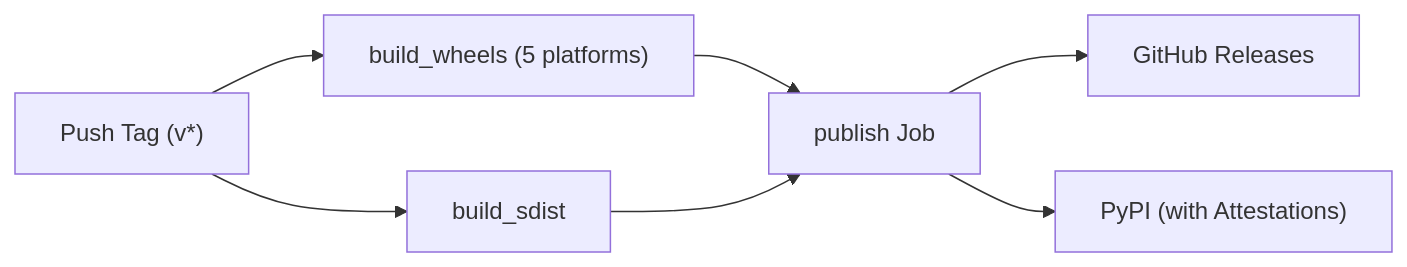
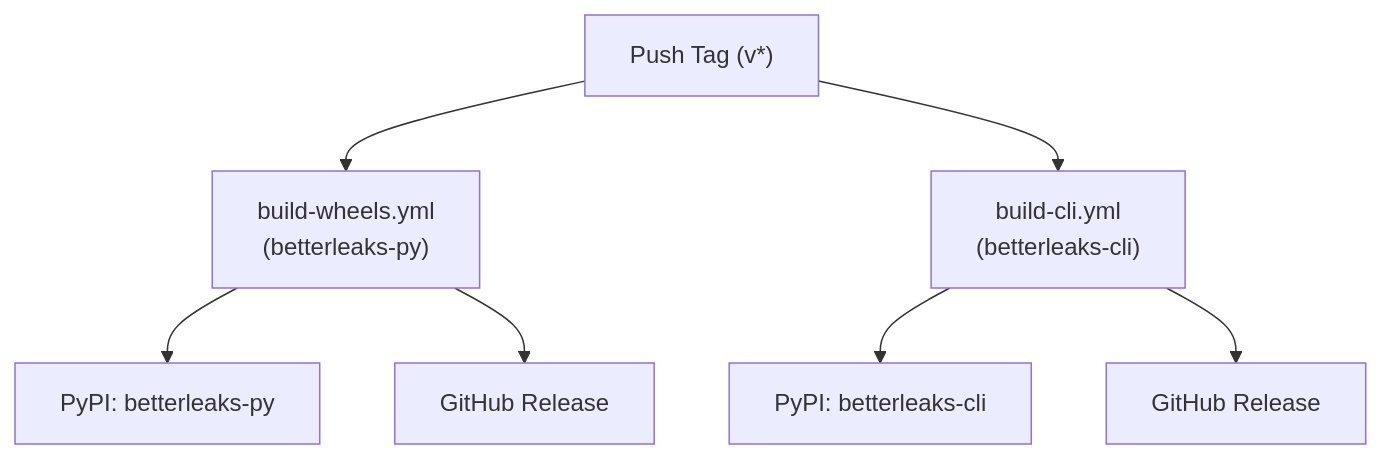
Before and after one commit to as1605/betterleaks-py: the diagram in docs/publishing.md, drawn with Mermaid. The commit also changed other lines of this file and 18 other files, not shown here.

Commit message:
feat: decouple betterleaks-cli as standalone PyPI package and rename wrapper to native

````diff
--- a/docs/publishing.md
+++ b/docs/publishing.md
@@ -44,9 +52,11 @@
 ```mermaid
-flowchart LR
-    A["Push Tag (v*)"] --> B["build_wheels (5 platforms)"]
-    A --> C["build_sdist"]
-    B --> D["publish Job"]
-    C --> D["publish Job"]
-    D --> E["GitHub Releases"]
-    D --> F["PyPI (with Attestations)"]
+flowchart TD
+    Tag["Push Tag (v*)"] --> Wheels["build-wheels.yml<br/>(betterleaks-py)"]
+    Tag --> CLI["build-cli.yml<br/>(betterleaks-cli)"]
+
+    Wheels --> PyPI_PY["PyPI: betterleaks-py"]
+    Wheels --> Rel1["GitHub Release"]
+
+    CLI --> PyPI_CLI["PyPI: betterleaks-cli"]
+    CLI --> Rel2["GitHub Release"]
 ```
````
